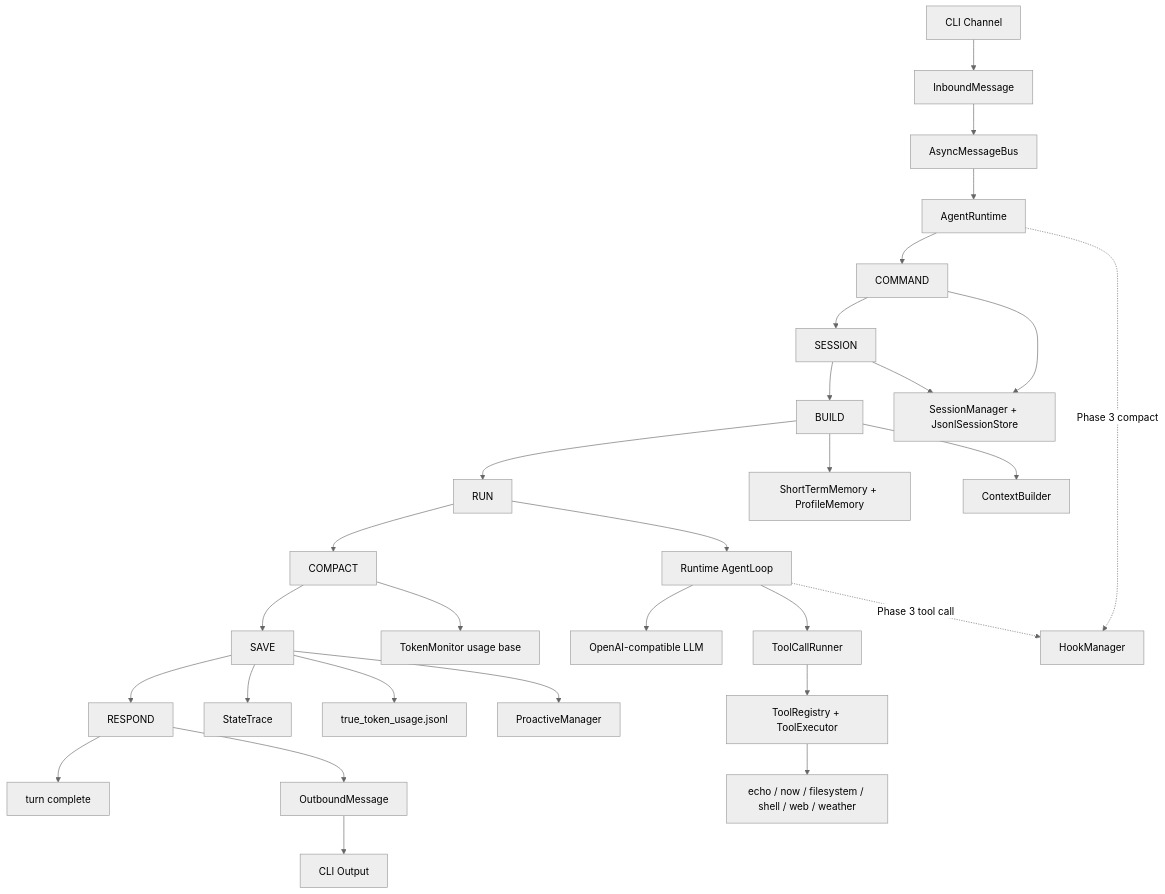
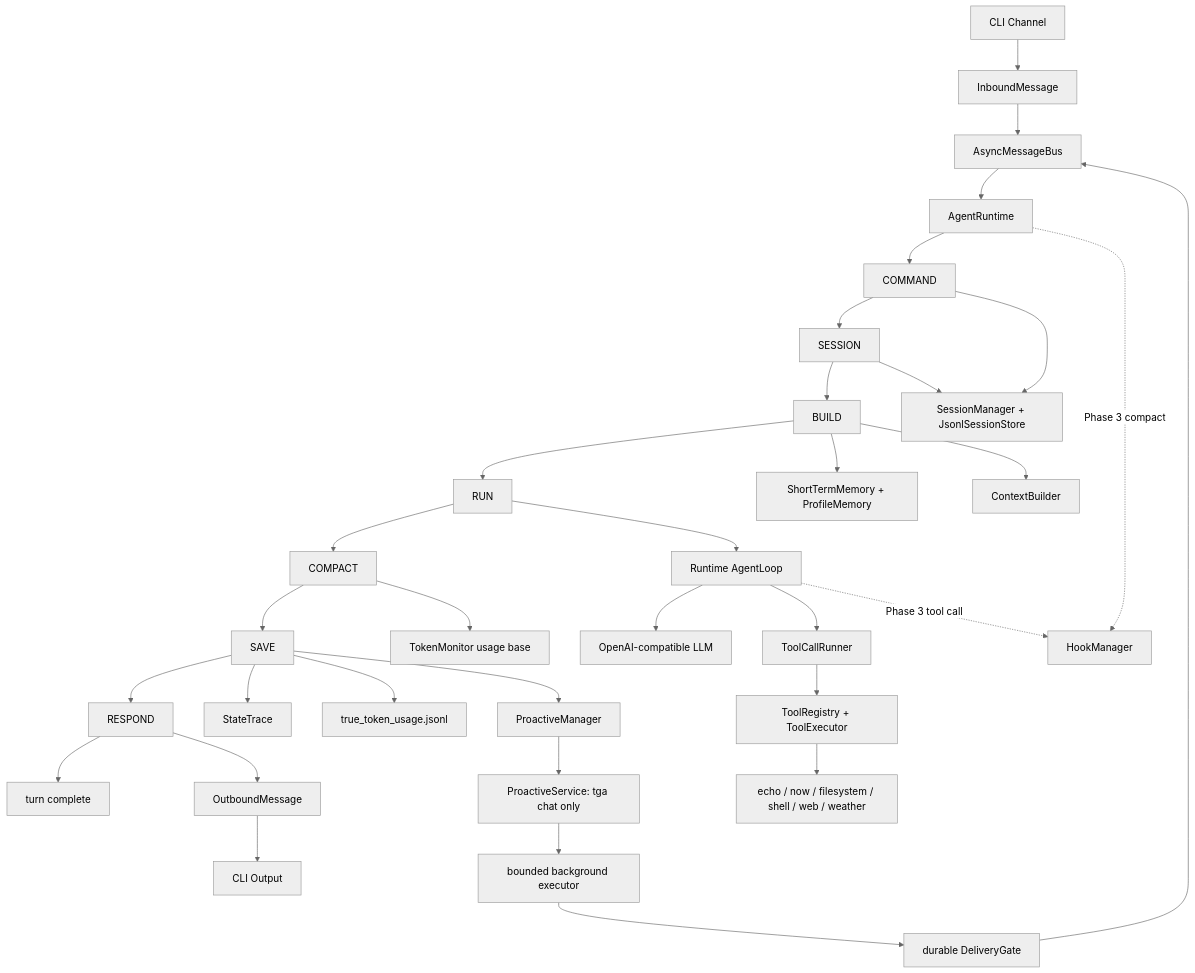
Before and after one commit to neystan/Turning-Good-Agent: the diagram in README.md, drawn with Mermaid (neutral theme). The commit also changed other lines of this file and 35 other files, not shown here.

````diff
--- a/README.md
+++ b/README.md
@@ -155,37 +212,41 @@
 ```mermaid
 flowchart TD
     CLI[CLI Channel] --> Inbound[InboundMessage]
     Inbound --> Bus[AsyncMessageBus]
     Bus --> Runtime[AgentRuntime]
 
     Runtime --> Command[COMMAND]
     Command --> Session[SESSION]
     Session --> Build[BUILD]
     Build --> Run[RUN]
     Run --> Compact[COMPACT]
     Compact --> Save[SAVE]
     Save --> Respond[RESPOND]
     Respond --> End[turn complete]
 
     Command --> SessionStore[SessionManager + JsonlSessionStore]
     Session --> SessionStore
     Build --> Memory[ShortTermMemory + ProfileMemory]
     Build --> Context[ContextBuilder]
 
     Run --> AgentLoop[Runtime AgentLoop]
     AgentLoop --> LLM[OpenAI-compatible LLM]
     AgentLoop --> ToolRunner[ToolCallRunner]
     ToolRunner --> Tools[ToolRegistry + ToolExecutor]
     Tools --> Builtins[echo / now / filesystem / shell / web / weather]
 
     Runtime -. Phase 3 compact .-> Hooks[HookManager]
     AgentLoop -. Phase 3 tool call .-> Hooks
 
     Compact --> Token[TokenMonitor usage base]
     Save --> Trace[StateTrace]
     Save --> TokenUsage[true_token_usage.jsonl]
     Save --> Proactive[ProactiveManager]
+    Proactive --> ProactiveService[ProactiveService: tga chat only]
+    ProactiveService --> Background[bounded background executor]
+    Background --> Delivery[durable DeliveryGate]
+    Delivery --> Bus
 
     Respond --> Outbound[OutboundMessage]
     Outbound --> CLIOut[CLI Output]
 ```
````
